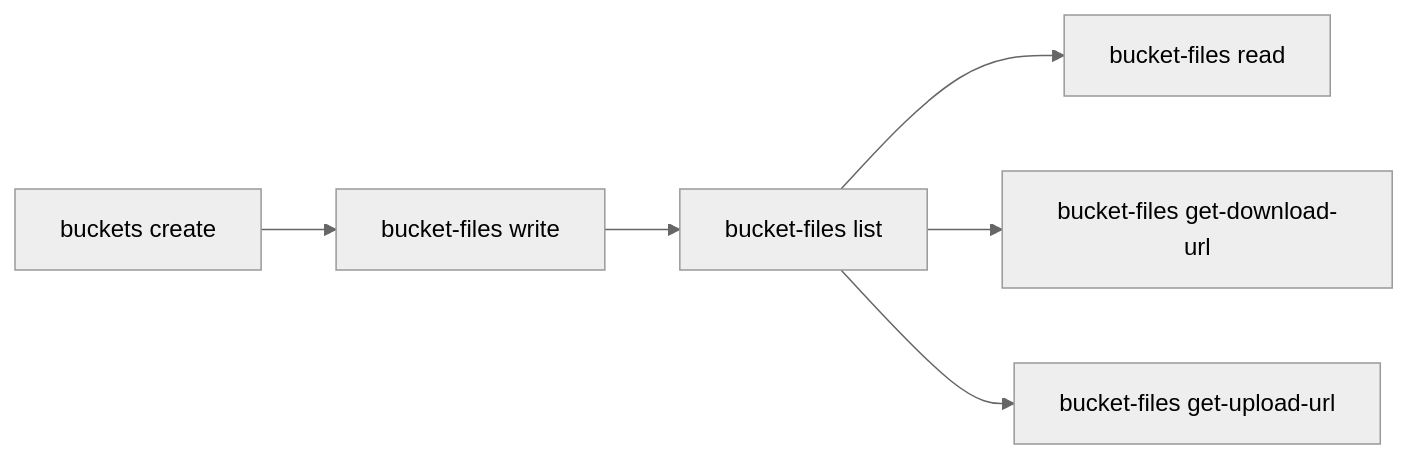
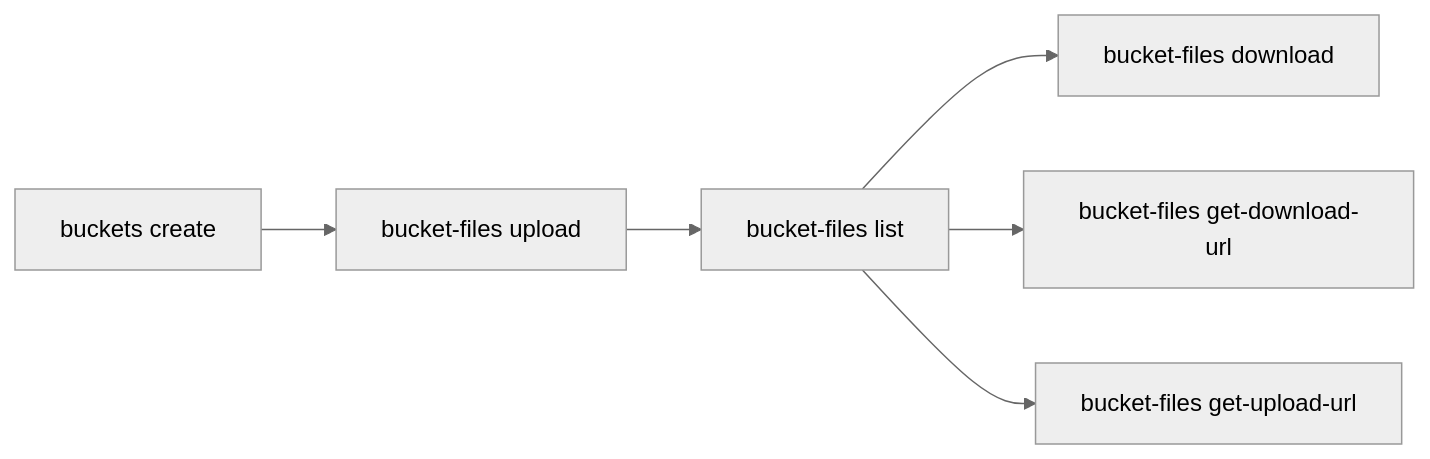
One commit to UiPath/skills changed the diagram in skills/uipath-platform/references/resources/work-with-storage.md. Above: the diagram before and after it, drawn with Mermaid (neutral theme). The commit also changed other lines of this file and 17 other files, not shown here.

````diff
--- a/skills/uipath-platform/references/resources/work-with-storage.md
+++ b/skills/uipath-platform/references/resources/work-with-storage.md
@@ -19,8 +19,8 @@
 ```mermaid
 graph LR
-    A[buckets create] --> B[bucket-files write]
+    A[buckets create] --> B[bucket-files upload]
     B --> C[bucket-files list]
-    C --> D[bucket-files read]
+    C --> D[bucket-files download]
     C --> E[bucket-files get-download-url]
     C --> F[bucket-files get-upload-url]
 ```
````
